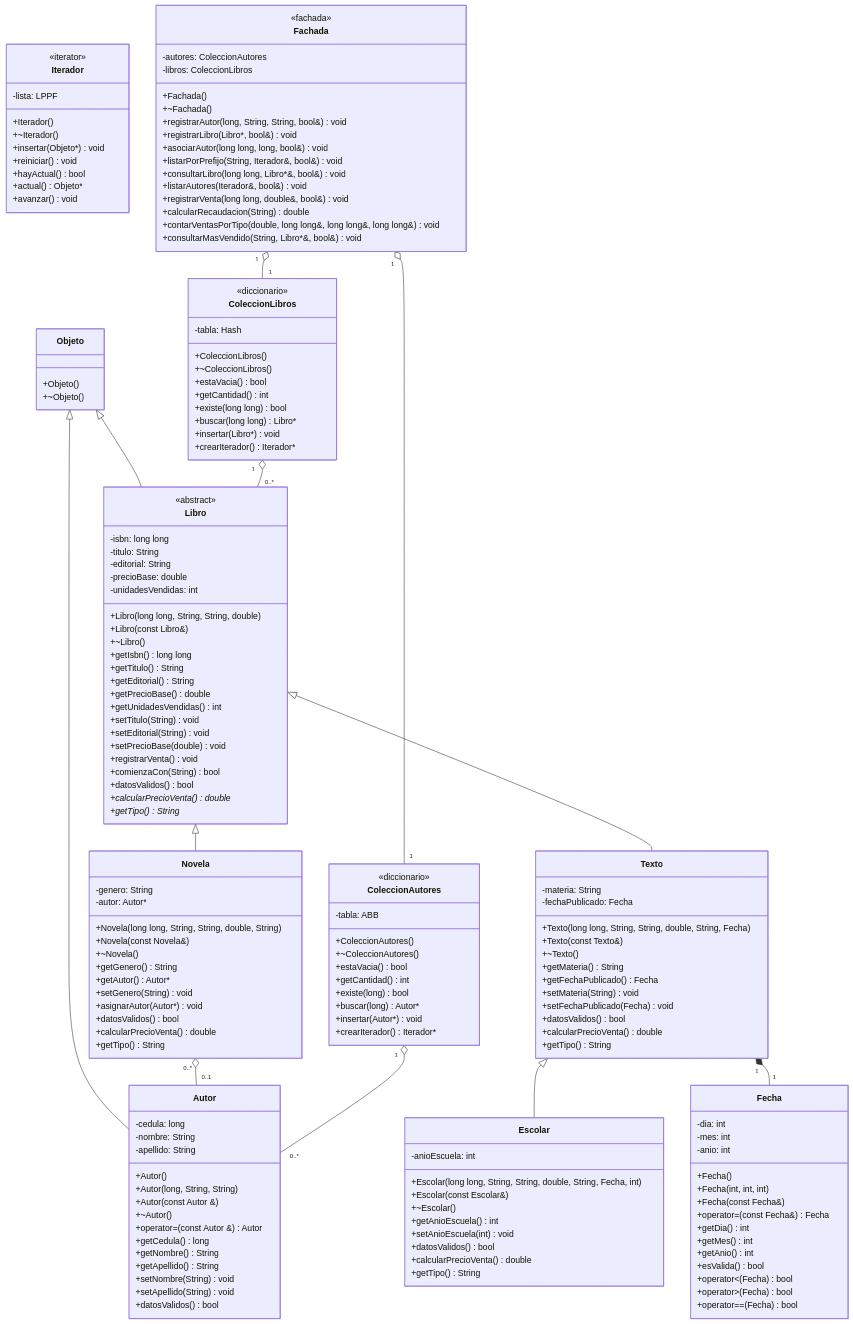
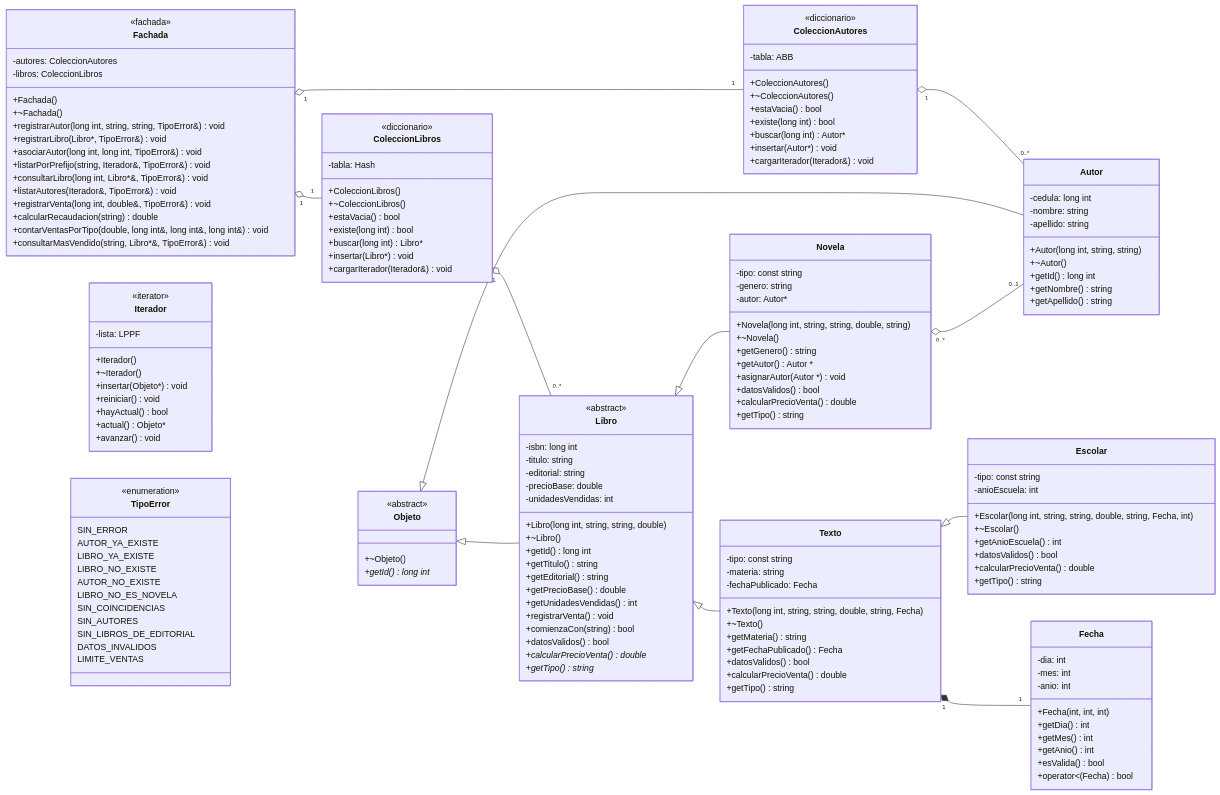
One commit to matiasmirenda/ObligatorioP4 changed the second of 2 diagrams in README.md. Above: the diagram before and after it, drawn with Mermaid. The commit also changed other lines of this file and 41 other files, not shown here.

Commit message:
Implementar fachada, iterador comun y menu inicial

````diff
--- a/README.md
+++ b/README.md
@@ -212,104 +293,99 @@
 ```mermaid
 classDiagram
-    direction TB
+    direction LR
+
+    Fachada "1" o-- "1" ColeccionLibros
+    Fachada "1" o-- "1" ColeccionAutores
+    ColeccionLibros "1" o-- "0..*" Libro
+    ColeccionAutores "1" o-- "0..*" Autor
+    Objeto <|-- Autor
+    Objeto <|-- Libro
+    Libro <|-- Novela
+    Libro <|-- Texto
+    Texto <|-- Escolar
+    Novela "0..*" o-- "0..1" Autor
+    Texto "1" *-- "1" Fecha
+
     class Objeto {
-        +Objeto()
+        <<abstract>>
         +~Objeto()
+        +getId()* long int
     }
     class Libro {
         <<abstract>>
-        -isbn: long long
-        -titulo: String
-        -editorial: String
+        -isbn: long int
+        -titulo: string
+        -editorial: string
         -precioBase: double
         -unidadesVendidas: int
-        +Libro(long long, String, String, double)
-        +Libro(const Libro&)
+        +Libro(long int, string, string, double)
         +~Libro()
-        +getIsbn() long long
-        +getTitulo() String
-        +getEditorial() String
+        +getId() long int
+        +getTitulo() string
+        +getEditorial() string
         +getPrecioBase() double
         +getUnidadesVendidas() int
-        +setTitulo(String) void
-        +setEditorial(String) void
-        +setPrecioBase(double) void
         +registrarVenta() void
-        +comienzaCon(String) bool
+        +comienzaCon(string) bool
         +datosValidos() bool
         +calcularPrecioVenta()* double
-        +getTipo()* String
+        +getTipo()* string
     }
     class Novela {
-        -genero: String
+        -tipo: const string
+        -genero: string
         -autor: Autor#42;
-        +Novela(long long, String, String, double, String)
-        +Novela(const Novela&)
+        +Novela(long int, string, string, double, string)
         +~Novela()
-        +getGenero() String
-        +getAutor() Autor#42;
-        +setGenero(String) void
-        +asignarAutor(Autor#42;) void
+        +getGenero() string
+        +getAutor() Autor #42;
+        +asignarAutor(Autor #42;) void
         +datosValidos() bool
         +calcularPrecioVenta() double
-        +getTipo() String
+        +getTipo() string
     }
     class Texto {
-        -materia: String
+        -tipo: const string
+        -materia: string
         -fechaPublicado: Fecha
-        +Texto(long long, String, String, double, String, Fecha)
-        +Texto(const Texto&)
+        +Texto(long int, string, string, double, string, Fecha)
         +~Texto()
-        +getMateria() String
+        +getMateria() string
         +getFechaPublicado() Fecha
-        +setMateria(String) void
-        +setFechaPublicado(Fecha) void
         +datosValidos() bool
         +calcularPrecioVenta() double
-        +getTipo() String
+        +getTipo() string
     }
     class Escolar {
+        -tipo: const string
         -anioEscuela: int
-        +Escolar(long long, String, String, double, String, Fecha, int)
-        +Escolar(const Escolar&)
+        +Escolar(long int, string, string, double, string, Fecha, int)
         +~Escolar()
         +getAnioEscuela() int
-        +setAnioEscuela(int) void
         +datosValidos() bool
         +calcularPrecioVenta() double
-        +getTipo() String
+        +getTipo() string
     }
     class Autor {
-        -cedula: long
-        -nombre: String
-        -apellido: String
-        +Autor()
-        +Autor(long, String, String)
-        +Autor(const Autor &)
+        -cedula: long int
+        -nombre: string
+        -apellido: string
+        +Autor(long int, string, string)
         +~Autor()
-        +operator=(const Autor &) Autor
-        +getCedula() long
-        +getNombre() String
-        +getApellido() String
-        +setNombre(String) void
-        +setApellido(String) void
-        +datosValidos() bool
+        +getId() long int
+        +getNombre() string
+        +getApellido() string
     }
     class Fecha {
         -dia: int
         -mes: int
         -anio: int
-        +Fecha()
         +Fecha(int, int, int)
-        +Fecha(const Fecha&)
-        +operator=(const Fecha&) Fecha
         +getDia() int
         +getMes() int
         +getAnio() int
         +esValida() bool
         +operator<(Fecha) bool
-        +operator>(Fecha) bool
-        +operator==(Fecha) bool
     }
     class ColeccionLibros {
         <<diccionario>>
@@ -317,11 +393,10 @@
         +ColeccionLibros()
         +~ColeccionLibros()
         +estaVacia() bool
-        +getCantidad() int
-        +existe(long long) bool
-        +buscar(long long) Libro#42;
+        +existe(long int) bool
+        +buscar(long int) Libro#42;
         +insertar(Libro#42;) void
-        +crearIterador() Iterador#42;
+        +cargarIterador(Iterador&) void
     }
     class ColeccionAutores {
         <<diccionario>>
@@ -329,11 +404,10 @@
         +ColeccionAutores()
         +~ColeccionAutores()
         +estaVacia() bool
-        +getCantidad() int
-        +existe(long) bool
-        +buscar(long) Autor#42;
+        +existe(long int) bool
+        +buscar(long int) Autor#42;
         +insertar(Autor#42;) void
-        +crearIterador() Iterador#42;
+        +cargarIterador(Iterador&) void
     }
     class Iterador {
         <<iterator>>
@@ -346,32 +420,35 @@
         +actual() Objeto#42;
         +avanzar() void
     }
+    class TipoError {
+        <<enumeration>>
+        SIN_ERROR
+        AUTOR_YA_EXISTE
+        LIBRO_YA_EXISTE
+        LIBRO_NO_EXISTE
+        AUTOR_NO_EXISTE
+        LIBRO_NO_ES_NOVELA
+        SIN_COINCIDENCIAS
+        SIN_AUTORES
+        SIN_LIBROS_DE_EDITORIAL
+        DATOS_INVALIDOS
+        LIMITE_VENTAS
+    }
     class Fachada {
         <<fachada>>
         -autores: ColeccionAutores
         -libros: ColeccionLibros
         +Fachada()
         +~Fachada()
-        +registrarAutor(long, String, String, bool&) void
-        +registrarLibro(Libro#42;, bool&) void
-        +asociarAutor(long long, long, bool&) void
-        +listarPorPrefijo(String, Iterador&, bool&) void
-        +consultarLibro(long long, Libro#42;&, bool&) void
-        +listarAutores(Iterador&, bool&) void
-        +registrarVenta(long long, double&, bool&) void
-        +calcularRecaudacion(String) double
-        +contarVentasPorTipo(double, long long&, long long&, long long&) void
-        +consultarMasVendido(String, Libro#42;&, bool&) void
+        +registrarAutor(long int, string, string, TipoError&) void
+        +registrarLibro(Libro#42;, TipoError&) void
+        +asociarAutor(long int, long int, TipoError&) void
+        +listarPorPrefijo(string, Iterador&, TipoError&) void
+        +consultarLibro(long int, Libro#42;&, TipoError&) void
+        +listarAutores(Iterador&, TipoError&) void
+        +registrarVenta(long int, double&, TipoError&) void
+        +calcularRecaudacion(string) double
+        +contarVentasPorTipo(double, long int&, long int&, long int&) void
+        +consultarMasVendido(string, Libro#42;&, TipoError&) void
     }
-    Objeto <|-- Libro
-    Objeto <|-- Autor
-    Libro <|-- Novela
-    Libro <|-- Texto
-    Texto <|-- Escolar
-    Novela "0..*" o-- "0..1" Autor
-    Texto "1" *-- "1" Fecha
-    ColeccionLibros "1" o-- "0..*" Libro
-    ColeccionAutores "1" o-- "0..*" Autor
-    Fachada "1" o-- "1" ColeccionLibros
-    Fachada "1" o-- "1" ColeccionAutores
 ```
````
